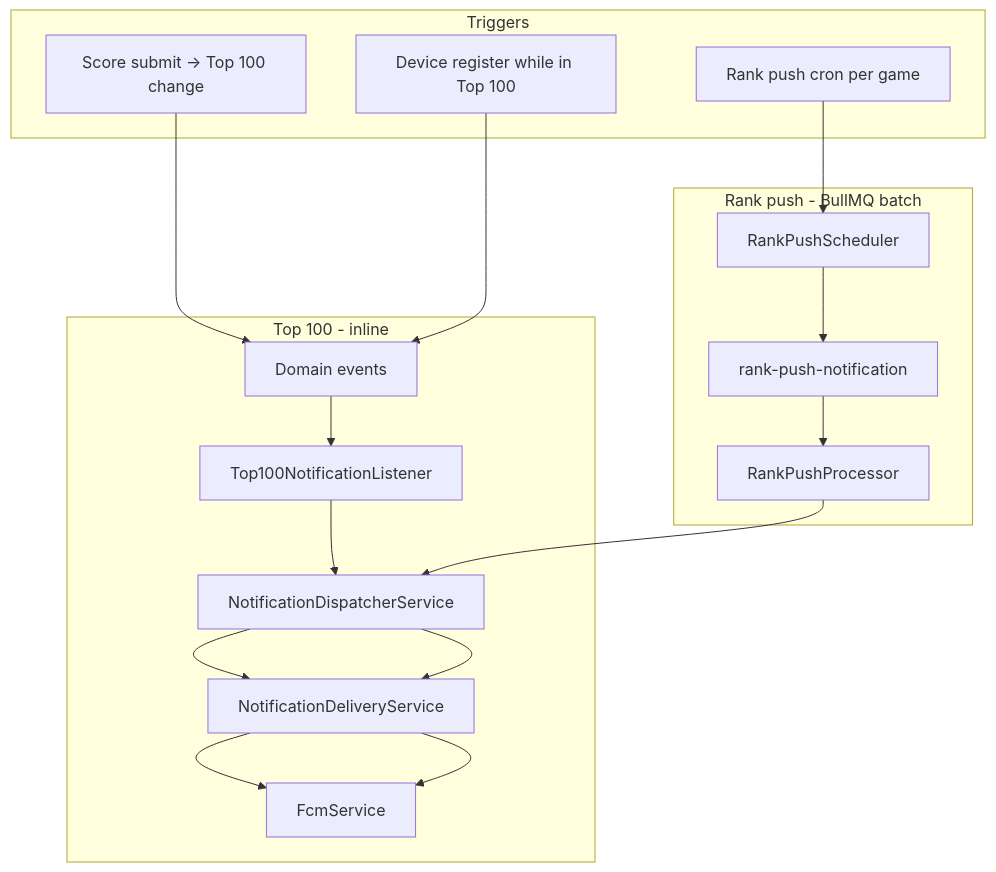
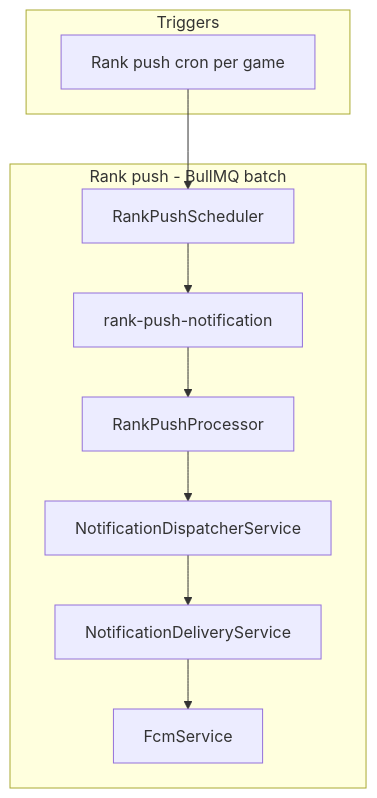
One commit to kevinvuong-mim/game-api changed the diagram in documents/architecture/notifications.md. Above: the diagram before and after it, drawn with Mermaid. The commit also changed other lines of this file and 19 other files, not shown here.

Commit message:
Refactor notification system by removing Top 100 event handling; update API responses to include rank and best score after result submission. Adjust documentation and database schema accordingly.

````diff
--- a/documents/architecture/notifications.md
+++ b/documents/architecture/notifications.md
@@ -8,26 +8,17 @@
 ```mermaid
 flowchart TB
     subgraph triggers [Triggers]
-        T1[Score submit -> Top 100 change]
-        T2[Device register while in Top 100]
-        T3[Rank push cron per game]
-    end
-
-    subgraph top100 [Top 100 - inline]
-        E[Domain events]
-        L[Top100NotificationListener]
-        D[NotificationDispatcherService]
-        Del[NotificationDeliveryService]
-        F[FcmService]
+        T1[Rank push cron per game]
     end
 
     subgraph rankPush [Rank push - BullMQ batch]
         S[RankPushScheduler]
         Q[rank-push-notification]
         P[RankPushProcessor]
+        D[NotificationDispatcherService]
+        Del[NotificationDeliveryService]
+        F[FcmService]
     end
 
-    T1 --> E --> L --> D --> Del --> F
-    T2 --> E
-    T3 --> S --> Q --> P --> D --> Del --> F
+    T1 --> S --> Q --> P --> D --> Del --> F
 ```
````
